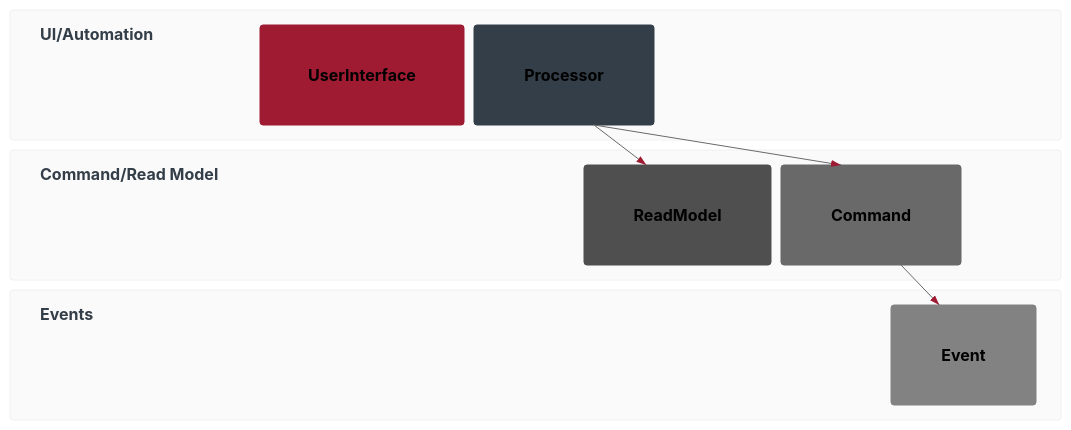
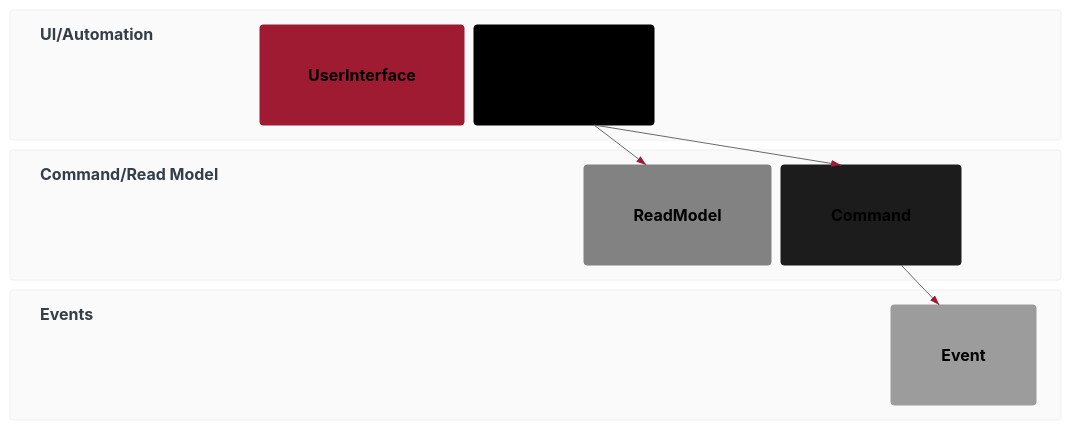
Before and after one commit to gvillarroel/skills: the diagram in skills/mermaid/assets/examples/mermaid-max-complexity/source/colorset1/event-modeling.mmd, drawn with Mermaid. The commit also changed 590 other files, not shown here.

```diff
--- a/skills/mermaid/assets/examples/mermaid-max-complexity/source/colorset1/event-modeling.mmd
+++ b/skills/mermaid/assets/examples/mermaid-max-complexity/source/colorset1/event-modeling.mmd
@@ -1,53 +1,53 @@
 ---
 # mermaid: config begin
 config:
   theme: "base"
   themeVariables:
     background: "#ffffff"
     primaryColor: "#9e1b32"
     primaryTextColor: "#ffffff"
     primaryBorderColor: "#9e1b32"
-    secondaryColor: "#333e48"
+    secondaryColor: "#000000"
     secondaryTextColor: "#ffffff"
-    secondaryBorderColor: "#333e48"
-    tertiaryColor: "#4f4f4f"
-    tertiaryTextColor: "#ffffff"
-    tertiaryBorderColor: "#4f4f4f"
+    secondaryBorderColor: "#000000"
+    tertiaryColor: "#828282"
+    tertiaryTextColor: "#000000"
+    tertiaryBorderColor: "#828282"
     lineColor: "#696969"
     textColor: "#333e48"
     mainBkg: "#9e1b32"
     nodeBkg: "#9e1b32"
     nodeBorder: "#9e1b32"
     clusterBkg: "#e7e7e7"
     clusterBorder: "#9c9c9c"
     defaultLinkColor: "#696969"
     edgeLabelBackground: "#ffffff"
     labelColor: "#ffffff"
     titleColor: "#333e48"
     emUiFill: "#9e1b32"
     emUiStroke: "#9e1b32"
-    emProcessorFill: "#333e48"
-    emProcessorStroke: "#333e48"
-    emReadModelFill: "#4f4f4f"
-    emReadModelStroke: "#4f4f4f"
-    emCommandFill: "#696969"
-    emCommandStroke: "#696969"
-    emEventFill: "#828282"
-    emEventStroke: "#828282"
+    emProcessorFill: "#000000"
+    emProcessorStroke: "#000000"
+    emReadModelFill: "#828282"
+    emReadModelStroke: "#828282"
+    emCommandFill: "#1c1c1c"
+    emCommandStroke: "#1c1c1c"
+    emEventFill: "#9c9c9c"
+    emEventStroke: "#9c9c9c"
     emArrowhead: "#9e1b32"
     emRelationStroke: "#696969"
   themeCSS: ".node > rect, .node > circle, .node > ellipse, .node > polygon, .node > path, rect.actor, .note, .task, .task0, .task1, .task2, .task3 { stroke-width: 0 !important; }"
 # mermaid: config end
 # mermaid: metadata begin
 mermaid:
   colorset: "colorset1"
   mode: "standard"
   palette: "basic-red-neutral-style"
 # mermaid: metadata end
 ---
 eventmodeling
   tf 01 ui UserInterface
   tf 02 pcr Processor
   tf 03 rmo ReadModel
   tf 04 cmd Command
   tf 05 evt Event
```
